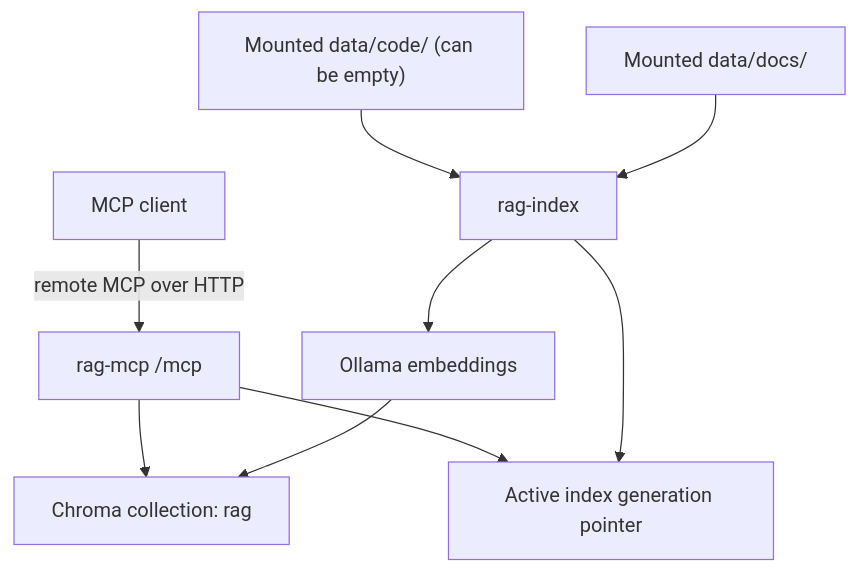
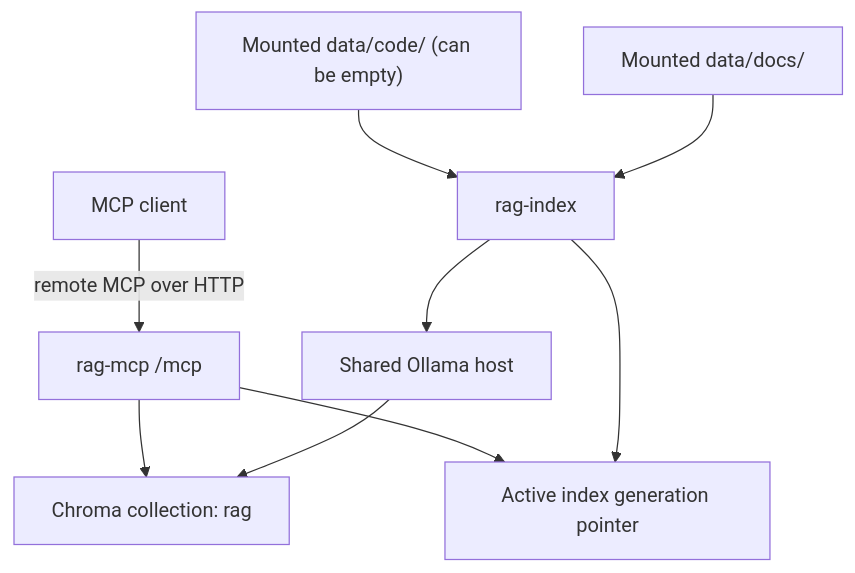
The diagram in README.md (andrepester/rag-search-mcp), drawn with Mermaid before and after one commit. The commit also changed other lines of this file and 34 other files, not shown here.

First line of the commit message:
Use shared Ollama host (#77)

````diff
--- a/README.md
+++ b/README.md
@@ -26,12 +26,12 @@
 ```mermaid
 flowchart TD
     A["Mounted data/docs/"] --> B["rag-index"]
     C["Mounted data/code/ (can be empty)"] --> B
-    B --> D["Ollama embeddings"]
+    B --> D["Shared Ollama host"]
     D --> E["Chroma collection: rag"]
     B --> H["Active index generation pointer"]
 
     F["MCP client"] -->|remote MCP over HTTP| G["rag-mcp /mcp"]
     G --> H
     G --> E
 ```
````
